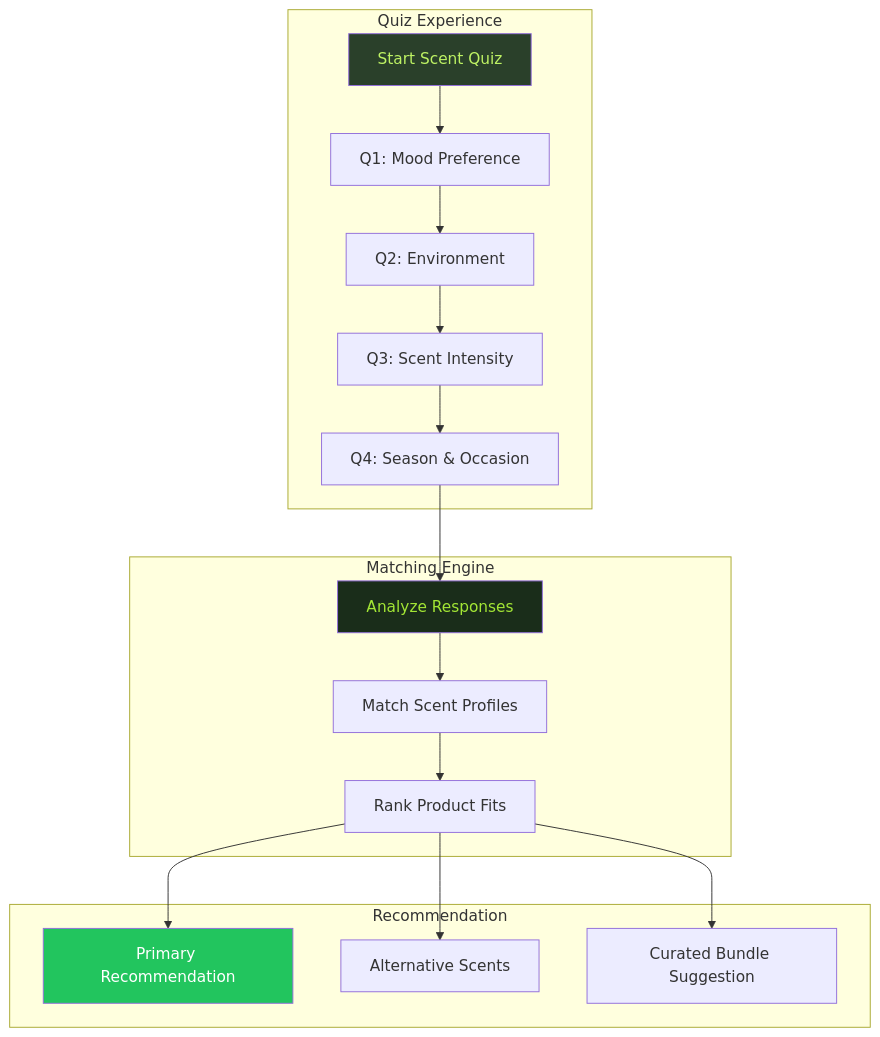
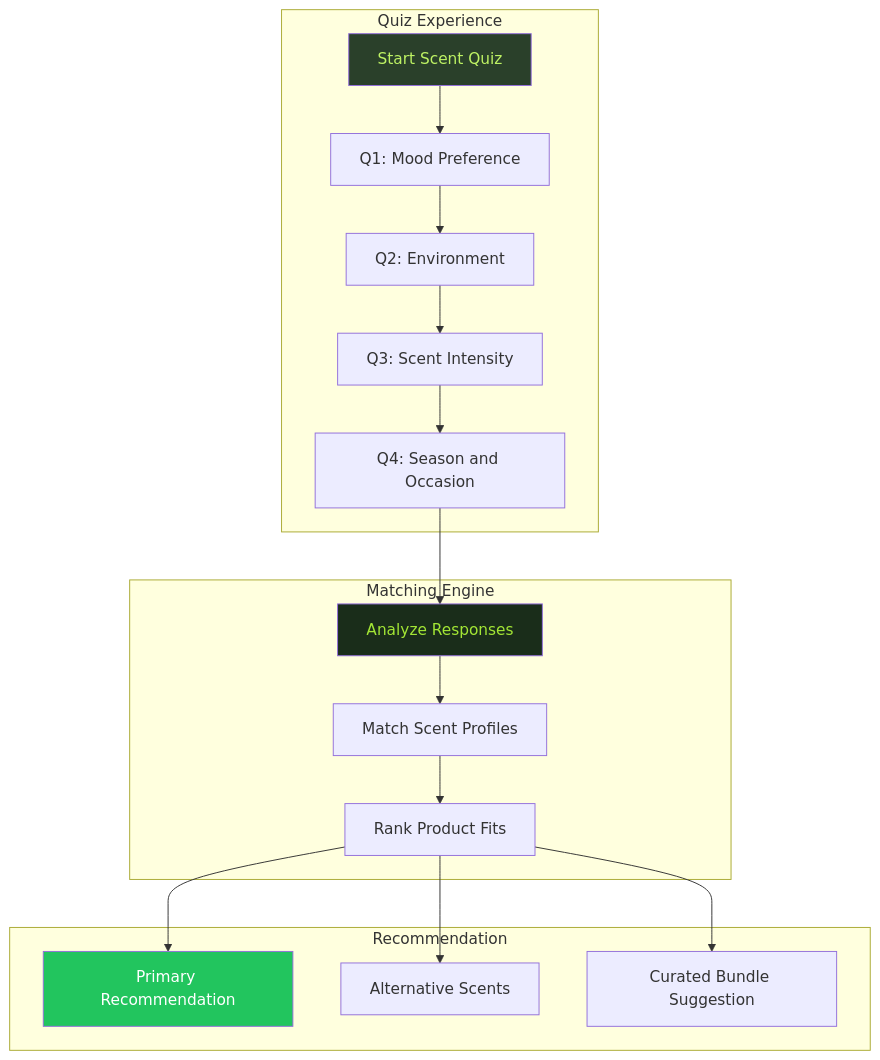
The second of 3 diagrams in README.md (mulkymalikuldhrs/narae), drawn with Mermaid before and after one commit. The commit also changed other lines of this file and 1 other file, not shown here.

Commit message:
🎨 Upgrade: banner image + fixed Mermaid + animations + flow diagrams

````diff
--- a/README.md
+++ b/README.md
@@ -141,25 +66,25 @@
 ```mermaid
 flowchart TB
-    subgraph "Quiz Experience"
+    subgraph Quiz["Quiz Experience"]
         Start["Start Scent Quiz"] --> Q1["Q1: Mood Preference"]
         Q1 --> Q2["Q2: Environment"]
         Q2 --> Q3["Q3: Scent Intensity"]
-        Q3 --> Q4["Q4: Season & Occasion"]
+        Q3 --> Q4["Q4: Season and Occasion"]
     end
 
-    subgraph "Matching Engine"
+    subgraph Engine["Matching Engine"]
         Q4 --> Analyze["Analyze Responses"]
         Analyze --> Match["Match Scent Profiles"]
         Match --> Rank["Rank Product Fits"]
     end
 
-    subgraph "Recommendation"
+    subgraph Rec["Recommendation"]
         Rank --> Primary["Primary Recommendation"]
         Rank --> Secondary["Alternative Scents"]
         Rank --> Bundle["Curated Bundle Suggestion"]
     end
 
     style Start fill:#2a402a,color:#bef264
     style Analyze fill:#1a2d1a,color:#a3e635
     style Primary fill:#22c55e,color:#fff
 ```
````
